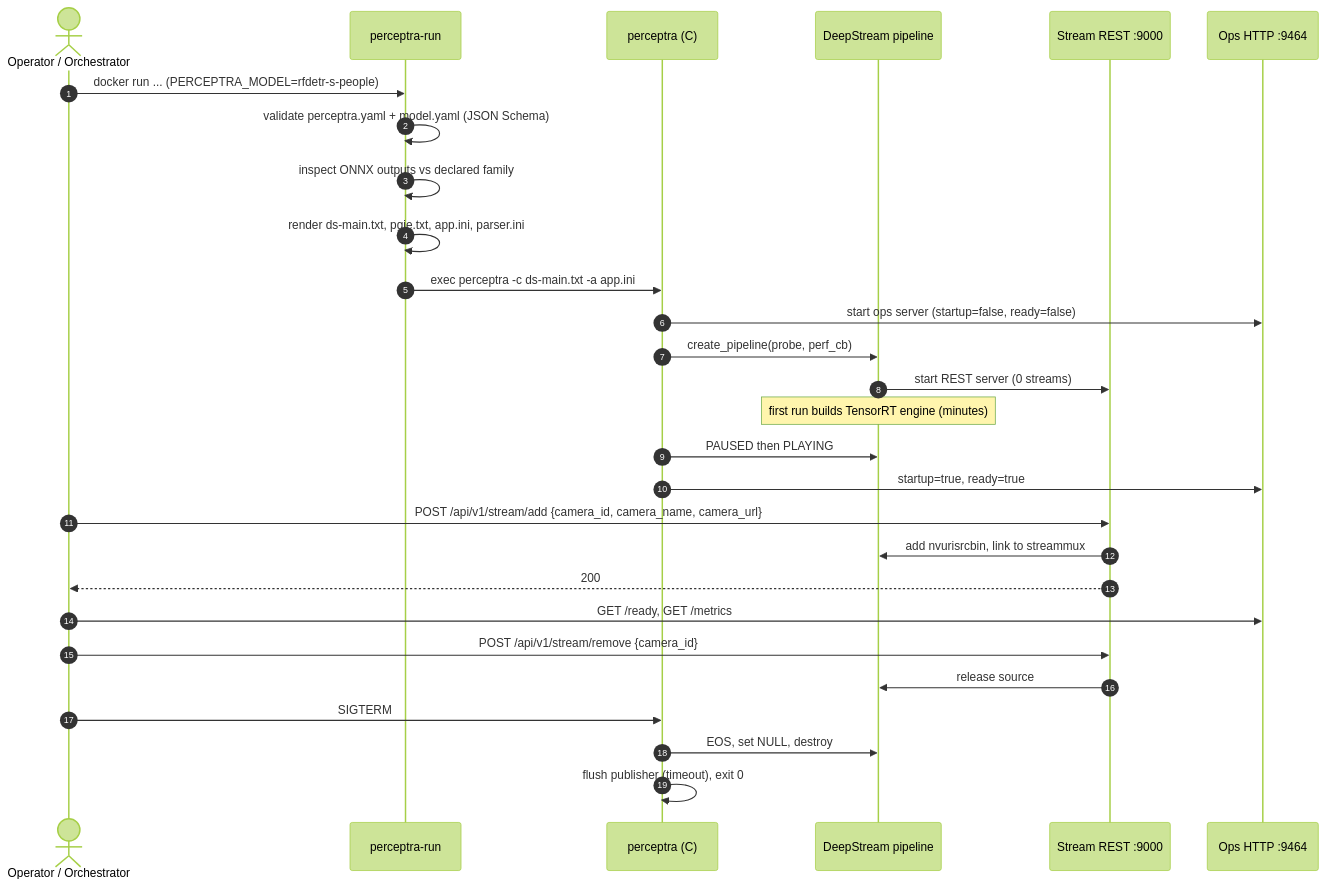
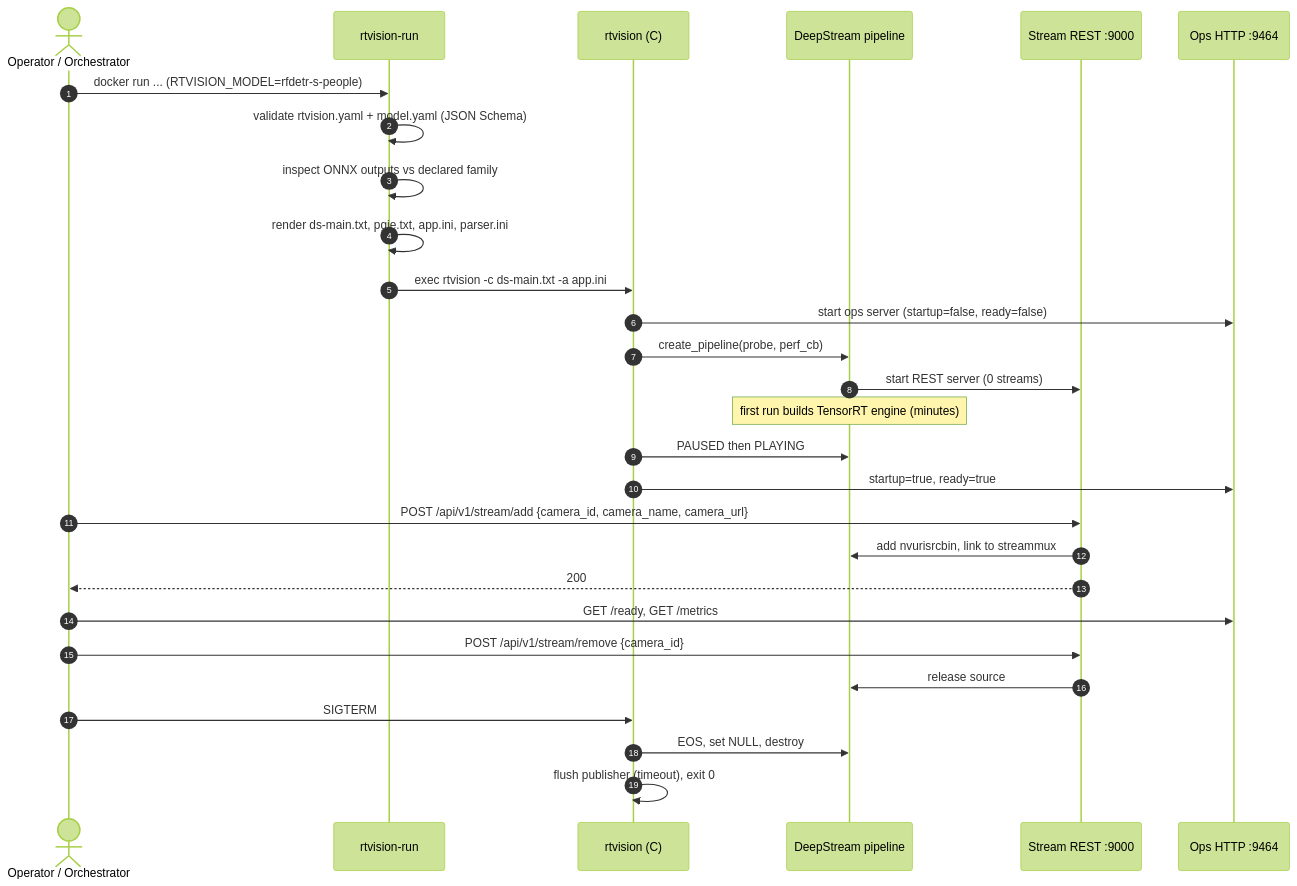
The third of 4 diagrams in ARCHITECTURE.md (abhinand4as/rtvision), drawn with Mermaid (forest theme) before and after one commit. The commit also changed other lines of this file and 128 other files, not shown here.

First line of the commit message:
refactor!: rename the project from Perceptra to RTVision

````diff
--- a/ARCHITECTURE.md
+++ b/ARCHITECTURE.md
@@ -123,31 +123,31 @@
 ```mermaid
 sequenceDiagram
     autonumber
     actor Op as Operator / Orchestrator
-    participant Run as perceptra-run
-    participant App as perceptra (C)
+    participant Run as rtvision-run
+    participant App as rtvision (C)
     participant DS as DeepStream pipeline
     participant REST as Stream REST :9000
     participant Ops as Ops HTTP :9464
 
-    Op->>Run: docker run ... (PERCEPTRA_MODEL=rfdetr-s-people)
-    Run->>Run: validate perceptra.yaml + model.yaml (JSON Schema)
+    Op->>Run: docker run ... (RTVISION_MODEL=rfdetr-s-people)
+    Run->>Run: validate rtvision.yaml + model.yaml (JSON Schema)
     Run->>Run: inspect ONNX outputs vs declared family
     Run->>Run: render ds-main.txt, pgie.txt, app.ini, parser.ini
-    Run->>App: exec perceptra -c ds-main.txt -a app.ini
+    Run->>App: exec rtvision -c ds-main.txt -a app.ini
     App->>Ops: start ops server (startup=false, ready=false)
     App->>DS: create_pipeline(probe, perf_cb)
     DS->>REST: start REST server (0 streams)
     Note over DS: first run builds TensorRT engine (minutes)
     App->>DS: PAUSED then PLAYING
     App->>Ops: startup=true, ready=true
     Op->>REST: POST /api/v1/stream/add {camera_id, camera_name, camera_url}
     REST->>DS: add nvurisrcbin, link to streammux
     REST-->>Op: 200
     Op->>Ops: GET /ready, GET /metrics
     Op->>REST: POST /api/v1/stream/remove {camera_id}
     REST->>DS: release source
     Op->>App: SIGTERM
     App->>DS: EOS, set NULL, destroy
     App->>App: flush publisher (timeout), exit 0
 ```
````
